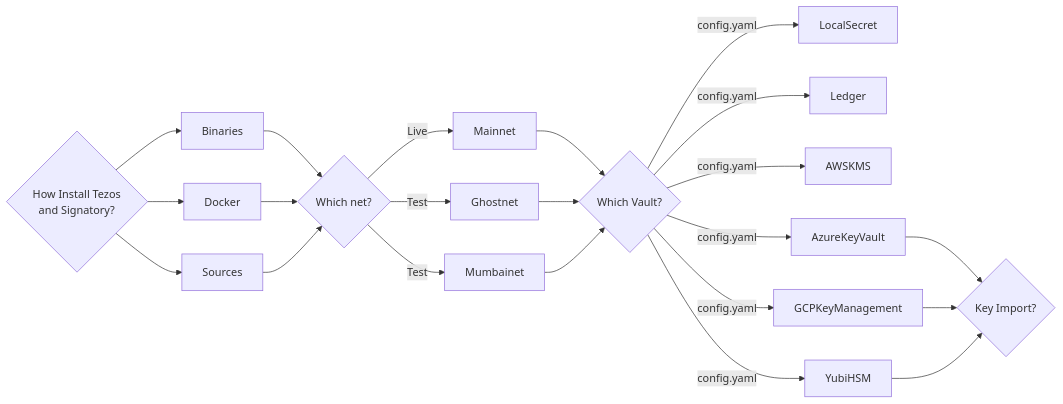
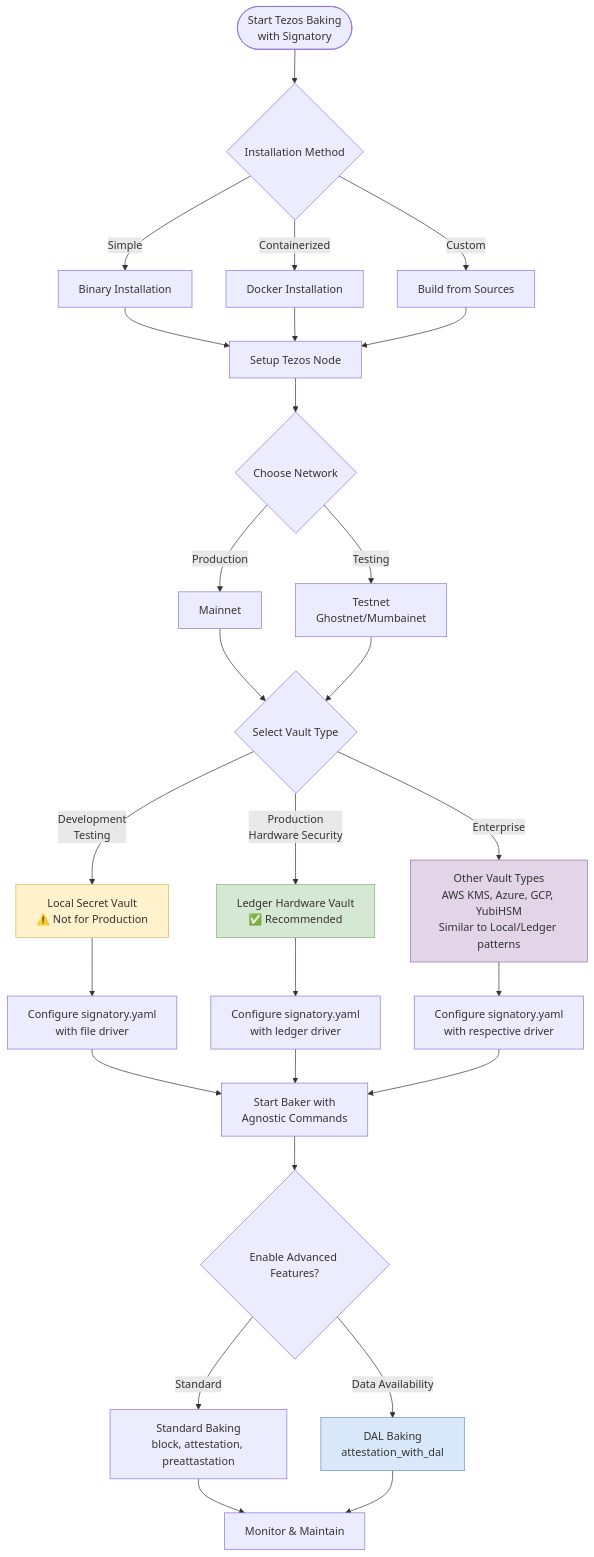
The diagram in docs/bakers.md (ecadlabs/signatory), drawn with Mermaid before and after one commit. The commit also changed other lines of this file, not shown here.

First line of the commit message:
Update bakers documentation with improved diagrams, agnostic commands, DAL baking, and simplified vault examples

````diff
--- a/docs/bakers.md
+++ b/docs/bakers.md
@@ -9,25 +10,43 @@
 ```mermaid
-flowchart LR
-    I{How Install Tezos<br> and Signatory?}-->BIN[Binaries]
-    I{How Install Tezos<br> and Signatory?}-->DOCKER[Docker]
-    I{How Install Tezos<br> and Signatory?}-->SOURCES[Sources]
-    BIN-->NET{Which net?}
-    DOCKER-->NET{Which net?}
-    SOURCES-->NET{Which net?}
-    NET -->|Live| MAIN[Mainnet]
-    NET -->|Test| GHOST[Ghostnet]
-    NET -->|Test| MUMBAI[Mumbainet]
-    MAIN--> VAULT{Which Vault?}
-    GHOST-->VAULT{Which Vault?}
-    MUMBAI-->VAULT{Which Vault?}
-    VAULT-->|config.yaml|LocalSecret
-    VAULT-->|config.yaml|Ledger
-    VAULT-->|config.yaml|AWSKMS
-    VAULT-->|config.yaml|AzureKeyVault
-    VAULT-->|config.yaml|GCPKeyManagement
-    VAULT-->|config.yaml|YubiHSM
-    AzureKeyVault-->K{Key Import?}
-    GCPKeyManagement-->K{Key Import?}
-    YubiHSM-->K{Key Import?}
-
+flowchart TD
+    START([Start Tezos Baking<br/>with Signatory]) --> INSTALL{Installation Method}
+    
+    INSTALL -->|Simple| BIN[Binary Installation]
+    INSTALL -->|Containerized| DOCKER[Docker Installation]
+    INSTALL -->|Custom| SOURCES[Build from Sources]
+    
+    BIN --> SETUP[Setup Tezos Node]
+    DOCKER --> SETUP
+    SOURCES --> SETUP
+    
+    SETUP --> NET{Choose Network}
+    NET -->|Production| MAIN[Mainnet]
+    NET -->|Testing| TEST[Testnet<br/>Ghostnet/Mumbainet]
+    
+    MAIN --> VAULT{Select Vault Type}
+    TEST --> VAULT
+    
+    VAULT -->|Development<br/>Testing| LOCAL[Local Secret Vault<br/>⚠️ Not for Production]
+    VAULT -->|Production<br/>Hardware Security| LEDGER[Ledger Hardware Vault<br/>✅ Recommended]
+    VAULT -->|Enterprise| OTHER[Other Vault Types<br/>AWS KMS, Azure, GCP, YubiHSM<br/>Similar to Local/Ledger patterns]
+    
+    LOCAL --> CONFIG1[Configure signatory.yaml<br/>with file driver]
+    LEDGER --> CONFIG2[Configure signatory.yaml<br/>with ledger driver]
+    OTHER --> CONFIG3[Configure signatory.yaml<br/>with respective driver]
+    
+    CONFIG1 --> BAKER[Start Baker with<br/>Agnostic Commands]
+    CONFIG2 --> BAKER
+    CONFIG3 --> BAKER
+    
+    BAKER --> FEATURES{Enable Advanced Features?}
+    FEATURES -->|Standard| STANDARD[Standard Baking<br/>block, attestation, preattastation]
+    FEATURES -->|Data Availability| DAL[DAL Baking<br/>attestation_with_dal]
+    
+    STANDARD --> MONITOR[Monitor & Maintain]
+    DAL --> MONITOR
+    
+    style LOCAL fill:#fff2cc,stroke:#d6b656
+    style LEDGER fill:#d5e8d4,stroke:#82b366
+    style OTHER fill:#e1d5e7,stroke:#9673a6
+    style DAL fill:#dae8fc,stroke:#6c8ebf
 ```
````
